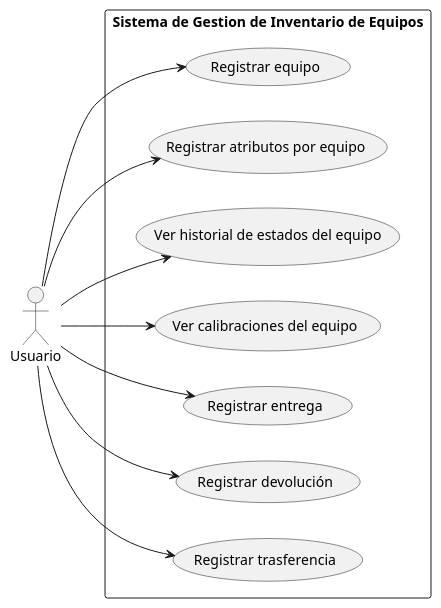
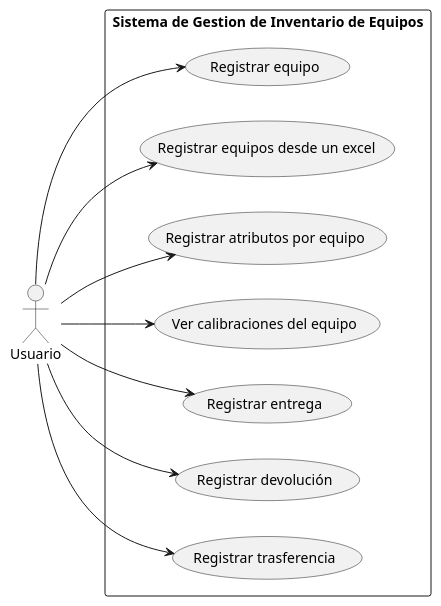
One commit to JordanNoah7/Conquistadores changed the diagram in UML_PlantUML_GIV/CaseUses/Usuario.puml. Above: the diagram before and after it, drawn with PlantUML. The commit also changed 9 other files, not shown here.

```diff
--- a/UML_PlantUML_GIV/CaseUses/Usuario.puml
+++ b/UML_PlantUML_GIV/CaseUses/Usuario.puml
@@ -1,30 +1,31 @@
 @startuml Usuario
 left to right direction
 actor "Usuario" as u
 rectangle "Sistema de Gestion de Inventario de Equipos" {
     usecase "Registrar equipo" as uc1
-    usecase "Registrar atributos por equipo" as uc2
-    usecase "Ver historial de estados del equipo" as uc3
+    usecase "Registrar equipos desde un excel" as uc2
+    usecase "Registrar atributos por equipo" as uc3
+    ' usecase "Ver historial de estados del equipo" as uc3
     usecase "Ver calibraciones del equipo" as uc4
     usecase "Registrar entrega" as uc5
     usecase "Registrar devolución" as uc6
     usecase "Registrar trasferencia" as uc7
     ' usecase "Ver reporte de equipos" as uc8
     ' usecase "Ver reporte de movimientos" as uc9
     ' usecase "Ver reporte de trasferencias" as uc10
     ' usecase "Ver reporte de pendientes y devoluciones" as uc11
     ' usecase "Ver reporte de persona/ubicacion" as uc12
 }
 u --> uc1
 u --> uc2
 u --> uc3
 u --> uc4
 u --> uc5
 u --> uc6
 u --> uc7
 ' u --> uc8
 ' u --> uc9
 ' u --> uc10
 ' u --> uc11
 ' u --> uc12
 @enduml
```
